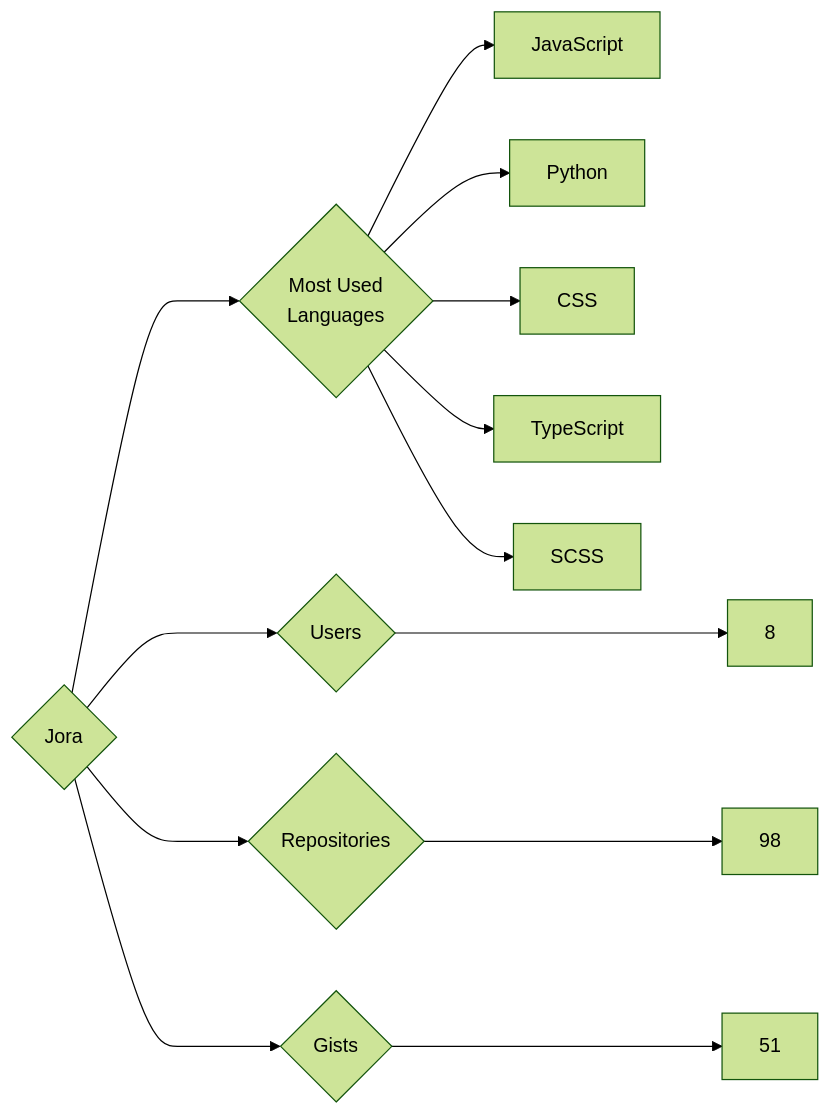
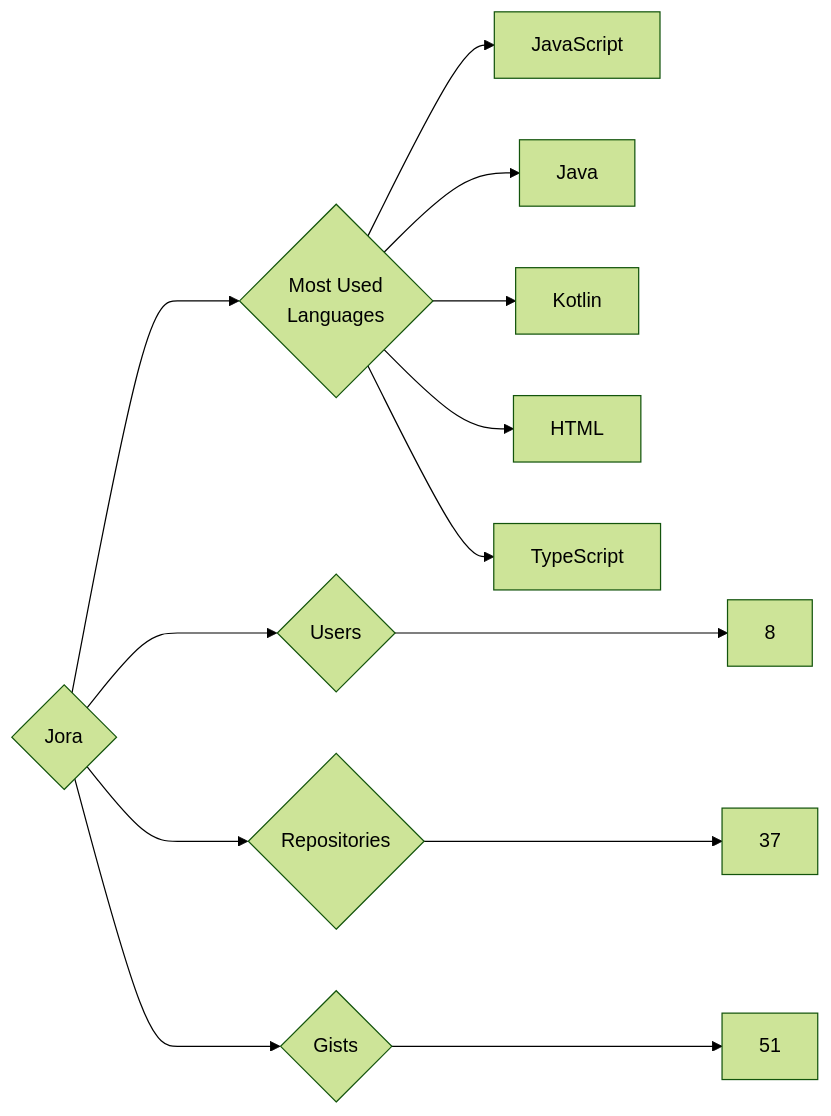
Before and after one commit to trickest/insiders: the diagram in targets/Jora/README.md, drawn with Mermaid (forest theme). The commit also changed 772 other files, not shown here.

````diff
--- a/targets/Jora/README.md
+++ b/targets/Jora/README.md
@@ -3,13 +3,13 @@
 ```mermaid
 graph LR
 COMPANY_NAME{Jora}
 COMPANY_NAME ---> U{Users} ---> UN[8]
-COMPANY_NAME ---> R{Repositories} ---> RN[98]
+COMPANY_NAME ---> R{Repositories} ---> RN[37]
 COMPANY_NAME ---> G{Gists} ---> GN[51]
 COMPANY_NAME ---> ML{Most Used<br>Languages}
 ML --> JavaScript[JavaScript]
-ML --> Python[Python]
-ML --> CSS[CSS]
+ML --> Java[Java]
+ML --> Kotlin[Kotlin]
+ML --> HTML[HTML]
 ML --> TypeScript[TypeScript]
-ML --> SCSS[SCSS]
 ```
````
